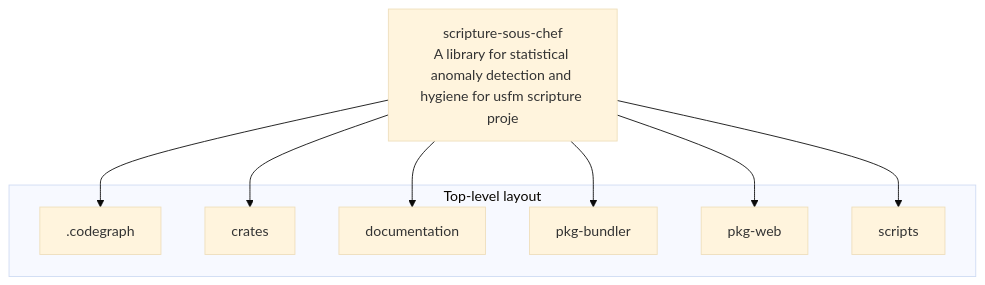
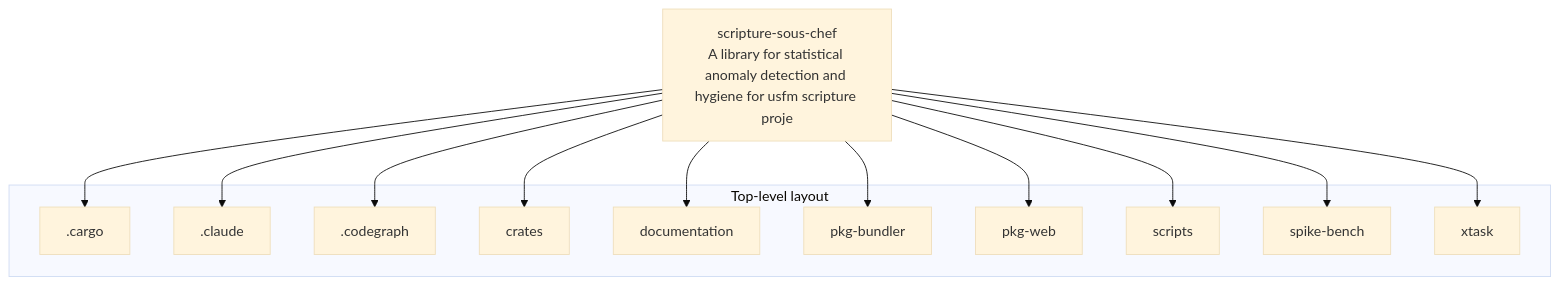
Before and after one commit to AnonymousWalker/project-repos-diagram: the second of 3 diagrams in architecture/WycliffeAssociates/scripture-sous-chef-architecture.md, drawn with Mermaid (base theme). The commit also changed other lines of this file and 18 other files, not shown here.

Commit message:
chore: refresh architecture diagrams

````diff
--- a/architecture/WycliffeAssociates/scripture-sous-chef-architecture.md
+++ b/architecture/WycliffeAssociates/scripture-sous-chef-architecture.md
@@ -40,20 +48,28 @@
 ```mermaid
 flowchart TB
   Root["scripture-sous-chef<br/>A library for statistical anomaly detection and hygiene for usfm scripture proje"]
 
   subgraph structure["Top-level layout"]
-    D0[".codegraph"]
-    D1["crates"]
-    D2["documentation"]
-    D3["pkg-bundler"]
-    D4["pkg-web"]
-    D5["scripts"]
+    D0[".cargo"]
+    D1[".claude"]
+    D2[".codegraph"]
+    D3["crates"]
+    D4["documentation"]
+    D5["pkg-bundler"]
+    D6["pkg-web"]
+    D7["scripts"]
+    D8["spike-bench"]
+    D9["xtask"]
   end
 
   Root --> D0
   Root --> D1
   Root --> D2
   Root --> D3
   Root --> D4
   Root --> D5
+  Root --> D6
+  Root --> D7
+  Root --> D8
+  Root --> D9
 ```
````
